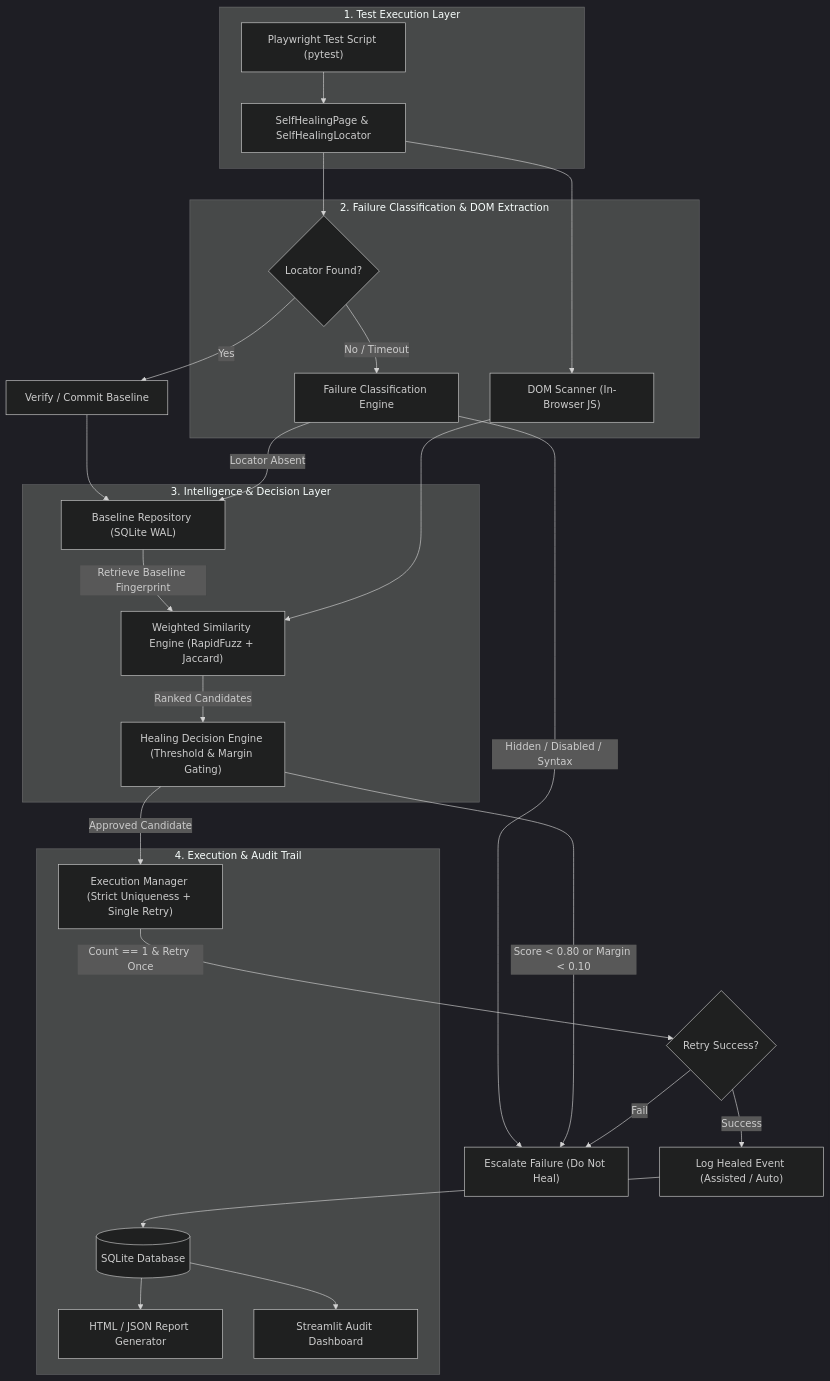
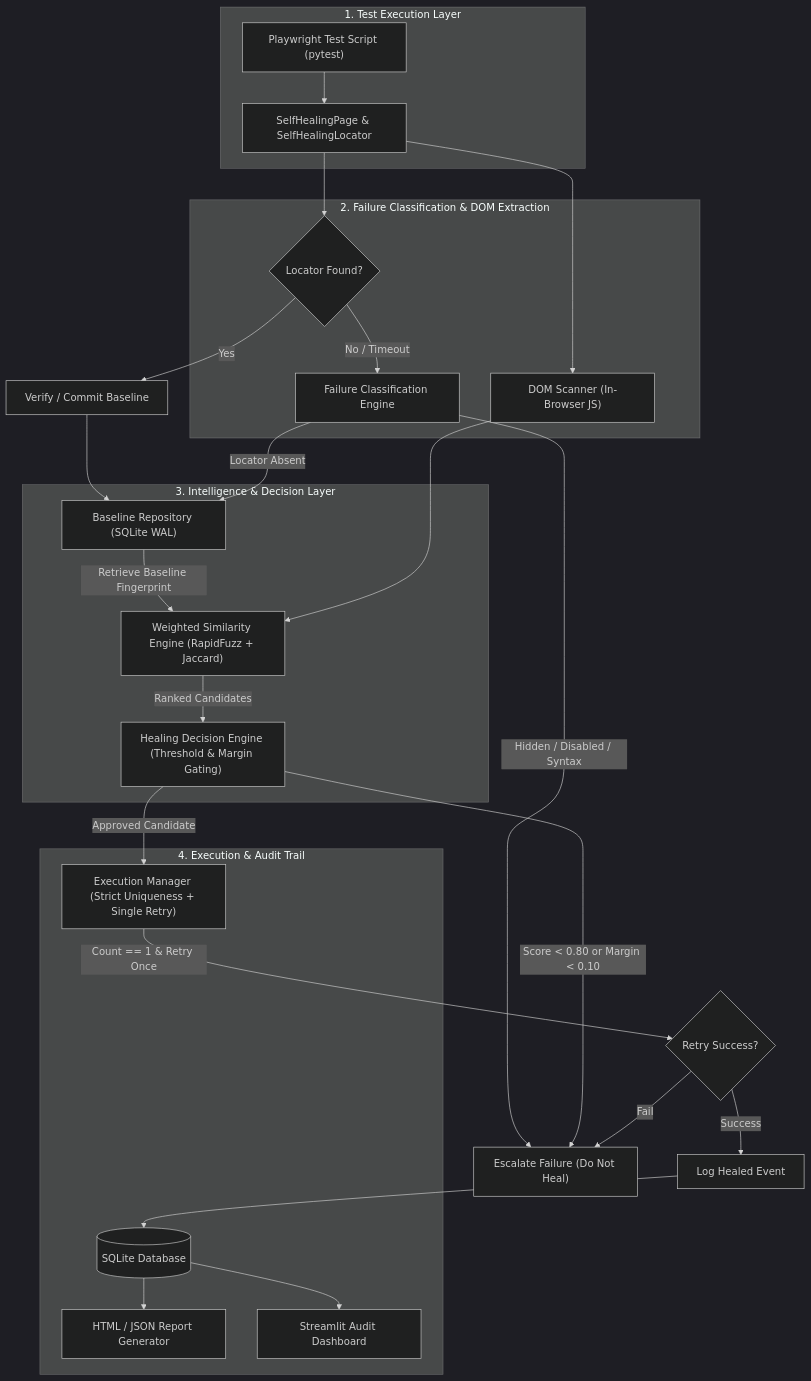
One commit to Optimus1o1/selfhealing-ui changed the diagram in README.md. Above: the diagram before and after it, drawn with Mermaid (dark theme). The commit also changed other lines of this file and 25 other files, not shown here.

````diff
--- a/README.md
+++ b/README.md
@@ -13,47 +97,47 @@
 ```mermaid
 flowchart TD
     subgraph TestLayer ["1. Test Execution Layer"]
         TestScript["Playwright Test Script (pytest)"]
         SHPage["SelfHealingPage & SelfHealingLocator"]
     end
 
     subgraph DetectionLayer ["2. Failure Classification & DOM Extraction"]
         ActionCheck{"Locator Found?"}
         FailClass["Failure Classification Engine"]
         DOMScan["DOM Scanner (In-Browser JS)"]
     end
 
     subgraph IntelligenceLayer ["3. Intelligence & Decision Layer"]
         BaselineRepo["Baseline Repository (SQLite WAL)"]
         SimEngine["Weighted Similarity Engine (RapidFuzz + Jaccard)"]
         DecEngine["Healing Decision Engine (Threshold & Margin Gating)"]
     end
 
     subgraph ExecutionLayer ["4. Execution & Audit Trail"]
         ExecMgr["Execution Manager (Strict Uniqueness + Single Retry)"]
         AuditDB[(SQLite Database)]
         ReportGen["HTML / JSON Report Generator"]
         Dashboard["Streamlit Audit Dashboard"]
     end
 
     TestScript --> SHPage --> ActionCheck
     ActionCheck -- "Yes" --> Snapshot["Verify / Commit Baseline"] --> BaselineRepo
     ActionCheck -- "No / Timeout" --> FailClass
     
     FailClass -- "Hidden / Disabled / Syntax" --> Escalation["Escalate Failure (Do Not Heal)"]
     FailClass -- "Locator Absent" --> BaselineRepo
     BaselineRepo -- "Retrieve Baseline Fingerprint" --> SimEngine
     
     SHPage --> DOMScan --> SimEngine
     SimEngine -- "Ranked Candidates" --> DecEngine
     
     DecEngine -- "Score < 0.80 or Margin < 0.10" --> Escalation
     DecEngine -- "Approved Candidate" --> ExecMgr
     
     ExecMgr -- "Count == 1 & Retry Once" --> RetryCheck{"Retry Success?"}
-    RetryCheck -- "Success" --> LogSuccess["Log Healed Event (Assisted / Auto)"] --> AuditDB
+    RetryCheck -- "Success" --> LogSuccess["Log Healed Event"] --> AuditDB
     RetryCheck -- "Fail" --> Escalation
     
     AuditDB --> ReportGen
     AuditDB --> Dashboard
 ```
````
